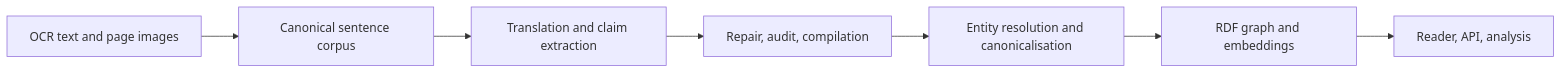
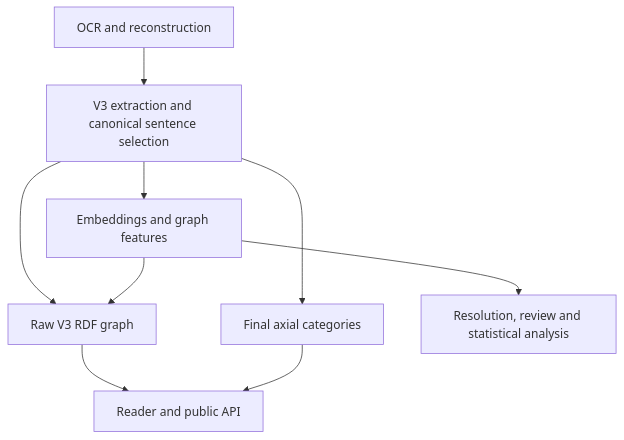
One commit to conradcompagna/konbaung-knowledge-graph changed the diagram in pipeline/README.md. Above: the diagram before and after it, drawn with Mermaid. The commit also changed other lines of this file and 7 other files, not shown here.

Commit message:
Trace served graph provenance and document construction

````diff
--- a/pipeline/README.md
+++ b/pipeline/README.md
@@ -3,9 +3,11 @@
 ```mermaid
-flowchart LR
-    OCR[OCR text and page images] --> Corpus[Canonical sentence corpus]
-    Corpus --> Extract[Translation and claim extraction]
-    Extract --> Repair[Repair, audit, compilation]
-    Repair --> Resolve[Entity resolution and canonicalisation]
-    Resolve --> Graph[RDF graph and embeddings]
-    Graph --> Reader[Reader, API, analysis]
+flowchart TB
+    OCR["OCR and reconstruction"] --> Canonical["V3 extraction and canonical sentence selection"]
+    Canonical --> Features["Embeddings and graph features"]
+    Canonical --> Categories["Final axial categories"]
+    Canonical --> Graph["Raw V3 RDF graph"]
+    Features --> Graph
+    Graph --> Reader["Reader and public API"]
+    Categories --> Reader
+    Features --> Research["Resolution, review and statistical analysis"]
 ```
````
